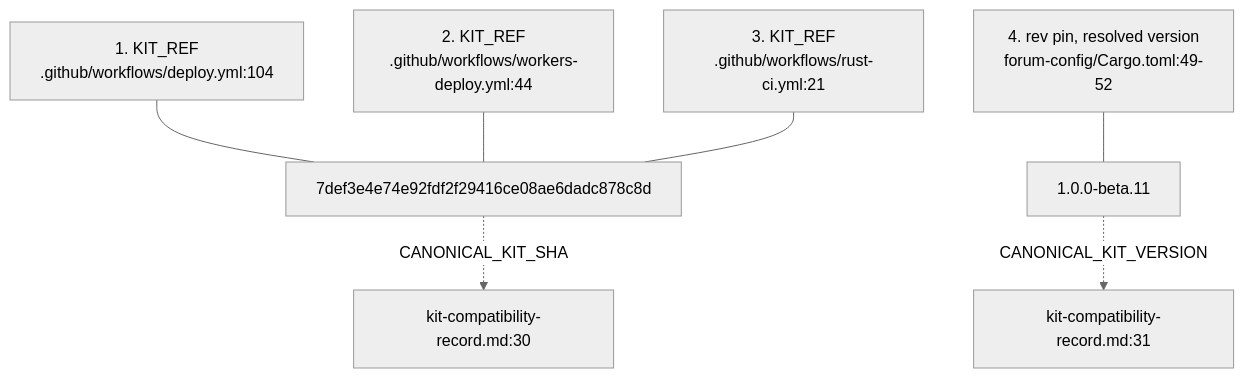
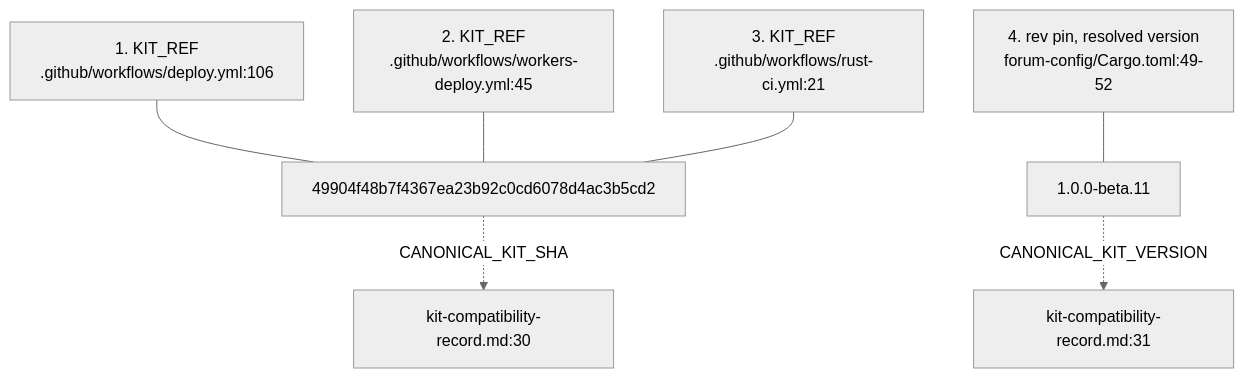
The fourth of 7 diagrams in docs/diagrams/dreamlab-ai-website/01-repo-composition-and-deploy-topology.md (DreamLab-AI/VisionFlow), drawn with Mermaid (neutral theme) before and after one commit. The commit also changed other lines of this file and 94 other files, not shown here.

First line of the commit message:
docs(diagrams): re-verify 130 topics against 2 October HEADs

````diff
--- a/docs/diagrams/dreamlab-ai-website/01-repo-composition-and-deploy-topology.md
+++ b/docs/diagrams/dreamlab-ai-website/01-repo-composition-and-deploy-topology.md
@@ -63,9 +63,9 @@
 ```mermaid
 flowchart TB
-    A["1. KIT_REF<br/>.github/workflows/deploy.yml:104"] --- SHA["7def3e4e74e92fdf2f29416ce08ae6dadc878c8d"]
-    B["2. KIT_REF<br/>.github/workflows/workers-deploy.yml:44"] --- SHA
+    A["1. KIT_REF<br/>.github/workflows/deploy.yml:106"] --- SHA["49904f48b7f4367ea23b92c0cd6078d4ac3b5cd2"]
+    B["2. KIT_REF<br/>.github/workflows/workers-deploy.yml:45"] --- SHA
     C["3. KIT_REF<br/>.github/workflows/rust-ci.yml:21"] --- SHA
     D["4. rev pin, resolved version<br/>forum-config/Cargo.toml:49-52"] --- VER["1.0.0-beta.11"]
     SHA -.->|"CANONICAL_KIT_SHA"| REC["kit-compatibility-record.md:30"]
     VER -.->|"CANONICAL_KIT_VERSION"| REC2["kit-compatibility-record.md:31"]
 ```
````
